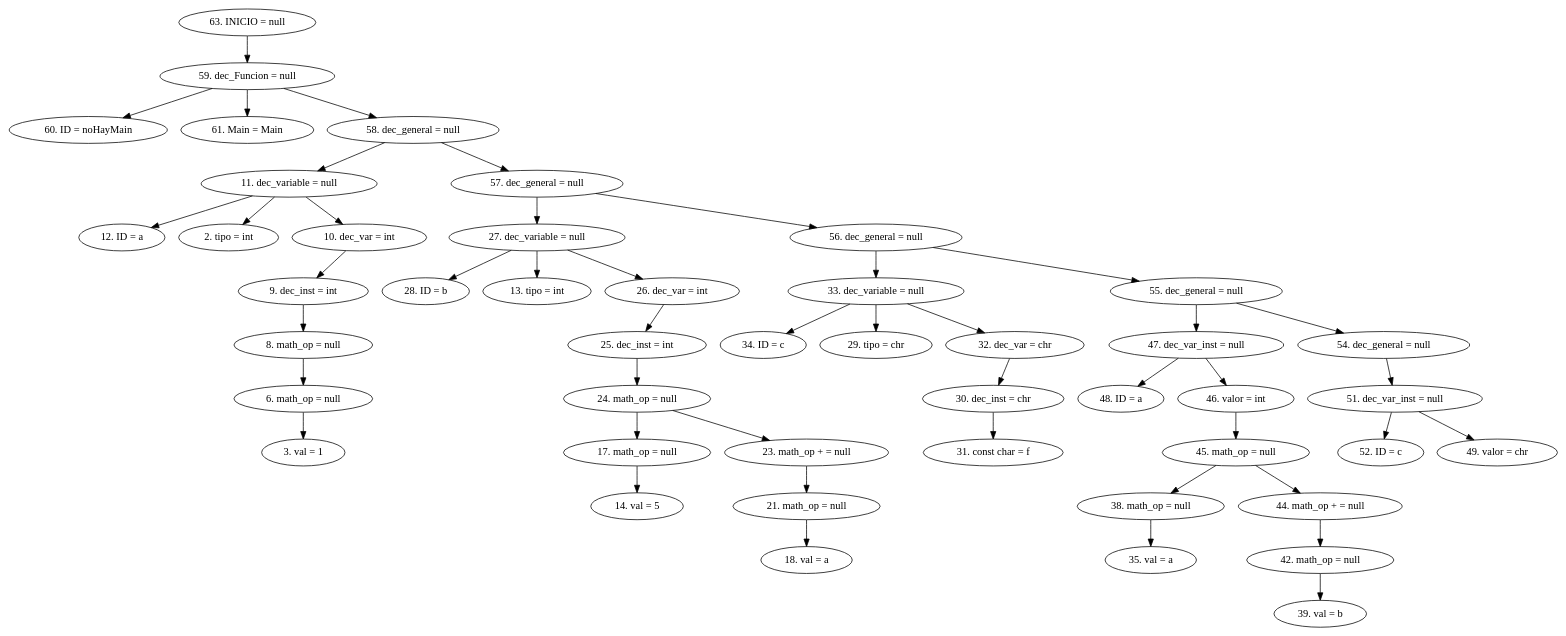
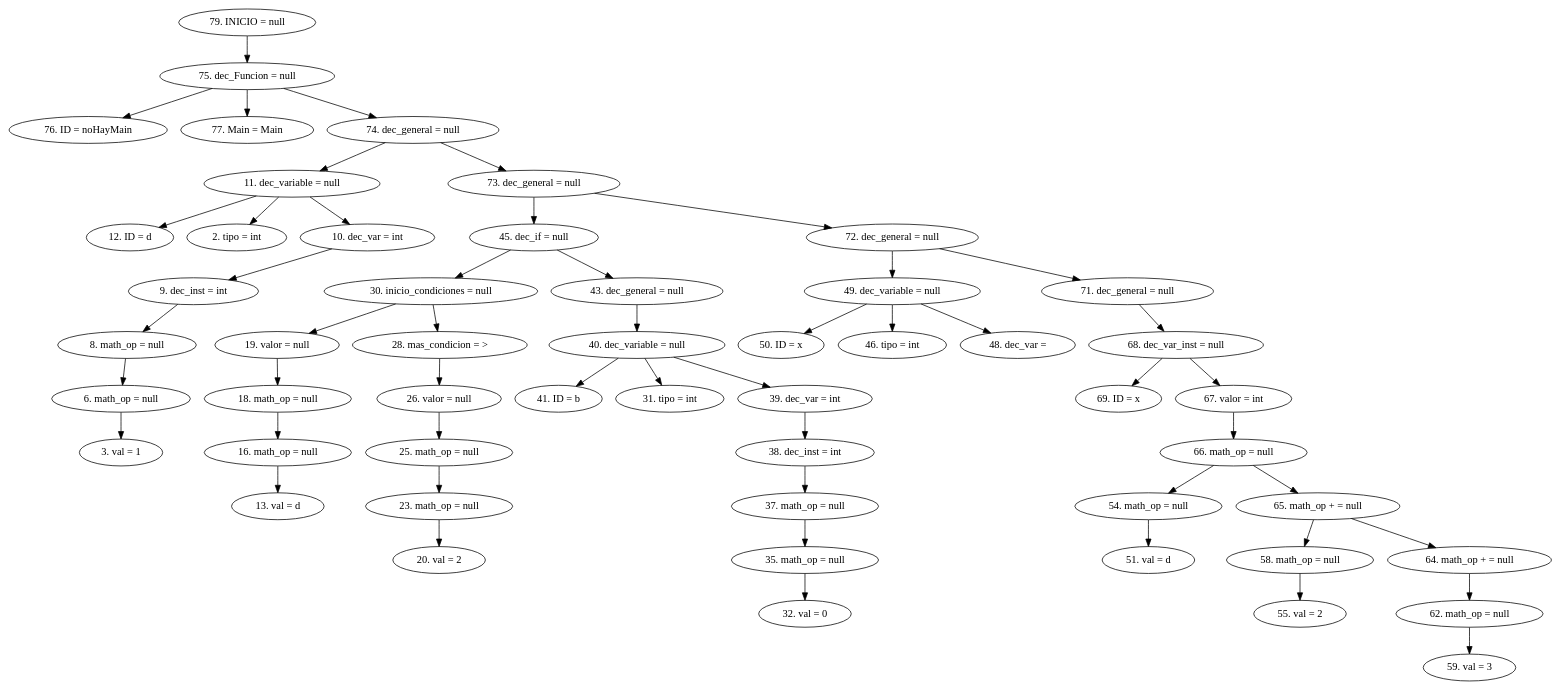
Before and after one commit to CarlosSosVos/NACHTs: the diagram in AST.dot, drawn with Graphviz. The commit also changed 15 other files, not shown here.

```diff
--- a/AST.dot
+++ b/AST.dot
@@ -1,49 +1,55 @@
 digraph G {
-"63. INICIO = null"->"59. dec_Funcion = null"
-"59. dec_Funcion = null"->"60. ID = noHayMain"
-"59. dec_Funcion = null"->"61. Main = Main"
-"59. dec_Funcion = null"->"58. dec_general = null"
-"58. dec_general = null"->"11. dec_variable = null"
-"11. dec_variable = null"->"12. ID = a"
+"79. INICIO = null"->"75. dec_Funcion = null"
+"75. dec_Funcion = null"->"76. ID = noHayMain"
+"75. dec_Funcion = null"->"77. Main = Main"
+"75. dec_Funcion = null"->"74. dec_general = null"
+"74. dec_general = null"->"11. dec_variable = null"
+"11. dec_variable = null"->"12. ID = d"
 "11. dec_variable = null"->"2. tipo = int"
 "11. dec_variable = null"->"10. dec_var = int"
 "10. dec_var = int"->"9. dec_inst = int"
 "9. dec_inst = int"->"8. math_op = null"
 "8. math_op = null"->"6. math_op = null"
 "6. math_op = null"->"3. val = 1"
-"58. dec_general = null"->"57. dec_general = null"
-"57. dec_general = null"->"27. dec_variable = null"
-"27. dec_variable = null"->"28. ID = b"
-"27. dec_variable = null"->"13. tipo = int"
-"27. dec_variable = null"->"26. dec_var = int"
-"26. dec_var = int"->"25. dec_inst = int"
-"25. dec_inst = int"->"24. math_op = null"
-"24. math_op = null"->"17. math_op = null"
-"17. math_op = null"->"14. val = 5"
-"24. math_op = null"->"23. math_op + = null"
-"23. math_op + = null"->"21. math_op = null"
-"21. math_op = null"->"18. val = a"
-"57. dec_general = null"->"56. dec_general = null"
-"56. dec_general = null"->"33. dec_variable = null"
-"33. dec_variable = null"->"34. ID = c"
-"33. dec_variable = null"->"29. tipo = chr"
-"33. dec_variable = null"->"32. dec_var = chr"
-"32. dec_var = chr"->"30. dec_inst = chr"
-"30. dec_inst = chr"->"31. const char = f"
-"56. dec_general = null"->"55. dec_general = null"
-"55. dec_general = null"->"47. dec_var_inst = null"
-"47. dec_var_inst = null"->"48. ID = a"
-"47. dec_var_inst = null"->"46. valor = int"
-"46. valor = int"->"45. math_op = null"
-"45. math_op = null"->"38. math_op = null"
-"38. math_op = null"->"35. val = a"
-"45. math_op = null"->"44. math_op + = null"
-"44. math_op + = null"->"42. math_op = null"
-"42. math_op = null"->"39. val = b"
-"55. dec_general = null"->"54. dec_general = null"
-"54. dec_general = null"->"51. dec_var_inst = null"
-"51. dec_var_inst = null"->"52. ID = c"
-"51. dec_var_inst = null"->"49. valor = chr"
+"74. dec_general = null"->"73. dec_general = null"
+"73. dec_general = null"->"45. dec_if = null"
+"45. dec_if = null"->"30. inicio_condiciones = null"
+"30. inicio_condiciones = null"->"19. valor = null"
+"19. valor = null"->"18. math_op = null"
+"18. math_op = null"->"16. math_op = null"
+"16. math_op = null"->"13. val = d"
+"30. inicio_condiciones = null"->"28. mas_condicion = >"
+"28. mas_condicion = >"->"26. valor = null"
+"26. valor = null"->"25. math_op = null"
+"25. math_op = null"->"23. math_op = null"
+"23. math_op = null"->"20. val = 2"
+"45. dec_if = null"->"43. dec_general = null"
+"43. dec_general = null"->"40. dec_variable = null"
+"40. dec_variable = null"->"41. ID = b"
+"40. dec_variable = null"->"31. tipo = int"
+"40. dec_variable = null"->"39. dec_var = int"
+"39. dec_var = int"->"38. dec_inst = int"
+"38. dec_inst = int"->"37. math_op = null"
+"37. math_op = null"->"35. math_op = null"
+"35. math_op = null"->"32. val = 0"
+"73. dec_general = null"->"72. dec_general = null"
+"72. dec_general = null"->"49. dec_variable = null"
+"49. dec_variable = null"->"50. ID = x"
+"49. dec_variable = null"->"46. tipo = int"
+"49. dec_variable = null"->"48. dec_var = "
+"72. dec_general = null"->"71. dec_general = null"
+"71. dec_general = null"->"68. dec_var_inst = null"
+"68. dec_var_inst = null"->"69. ID = x"
+"68. dec_var_inst = null"->"67. valor = int"
+"67. valor = int"->"66. math_op = null"
+"66. math_op = null"->"54. math_op = null"
+"54. math_op = null"->"51. val = d"
+"66. math_op = null"->"65. math_op + = null"
+"65. math_op + = null"->"58. math_op = null"
+"58. math_op = null"->"55. val = 2"
+"65. math_op + = null"->"64. math_op + = null"
+"64. math_op + = null"->"62. math_op = null"
+"62. math_op = null"->"59. val = 3"
 
 
 }
```
